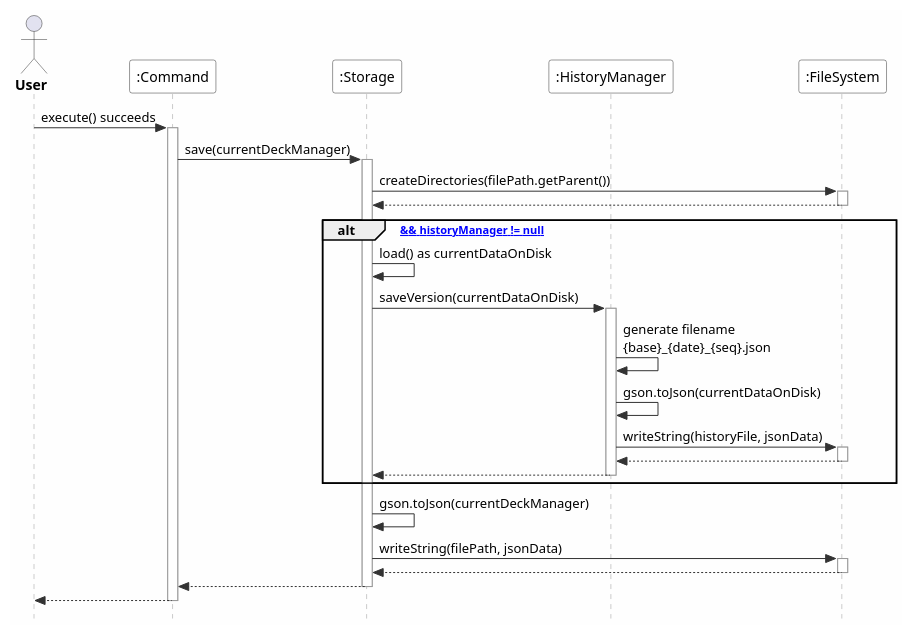
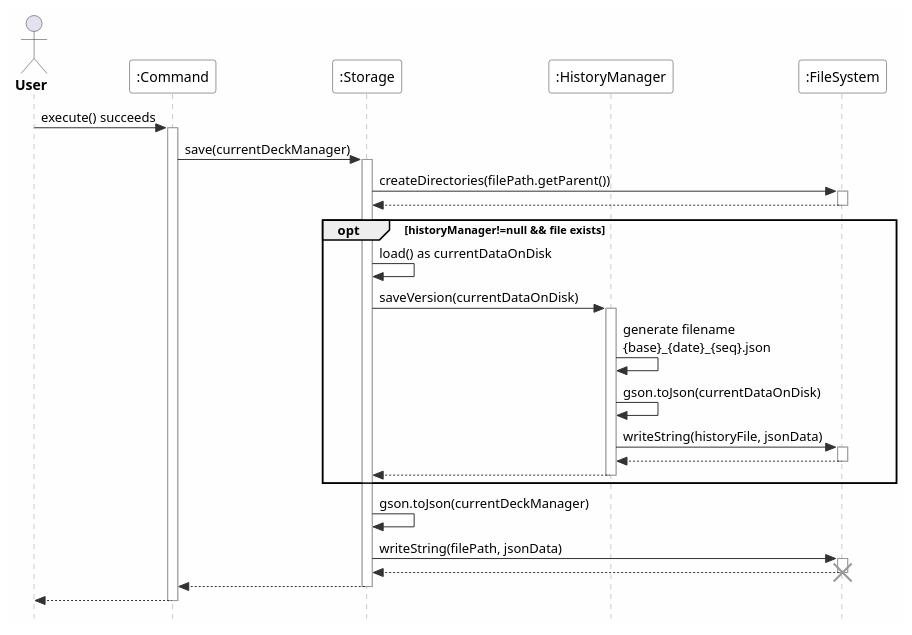
One commit to yqzzy/tp changed the diagram in docs/diagrams/storage-sequence.puml. Above: the diagram before and after it, drawn with PlantUML. The commit also changed 1 other file, not shown here.

Commit message:
Update storage_sequence to resolve issue

```diff
--- a/docs/diagrams/storage-sequence.puml
+++ b/docs/diagrams/storage-sequence.puml
@@ -1,58 +1,59 @@
 @startuml storage_save_sequence
 skinparam style strictuml
 skinparam backgroundColor #FEFEFE
 skinparam sequence {
   ArrowColor #333
   ActorBorderColor #333
   LifeLineBorderColor #999
   LifeLineBackgroundColor #FFF
   ParticipantBorderColor #333
   ParticipantBackgroundColor #FFF
   ParticipantFontName Arial
   ParticipantFontSize 14
   ActorFontStyle bold
 }
 
 actor User
 participant ":Command" as Command
 participant ":Storage" as Storage
 participant ":HistoryManager" as HistoryManager
 participant ":FileSystem" as FS
 
 User -> Command : execute() succeeds
 activate Command
 Command -> Storage : save(currentDeckManager)
 activate Storage
 
 Storage -> FS : createDirectories(filePath.getParent())
 activate FS
 FS --> Storage
 deactivate FS
 
-alt [Files.exists(filePath) && historyManager != null]
+opt historyManager!=null && file exists
     Storage -> Storage : load() as currentDataOnDisk
     Storage -> HistoryManager : saveVersion(currentDataOnDisk)
     activate HistoryManager
 
     HistoryManager -> HistoryManager : generate filename\n{base}_{date}_{seq}.json
     HistoryManager -> HistoryManager : gson.toJson(currentDataOnDisk)
     HistoryManager -> FS : writeString(historyFile, jsonData)
     activate FS
     FS --> HistoryManager
     deactivate FS
     HistoryManager --> Storage
     deactivate HistoryManager
 end
 
 Storage -> Storage : gson.toJson(currentDeckManager)
 Storage -> FS : writeString(filePath, jsonData)
 activate FS
 FS --> Storage
+destroy FS
 deactivate FS
 
 Storage --> Command
 deactivate Storage
 Command --> User
 deactivate Command
 
 @enduml
```
